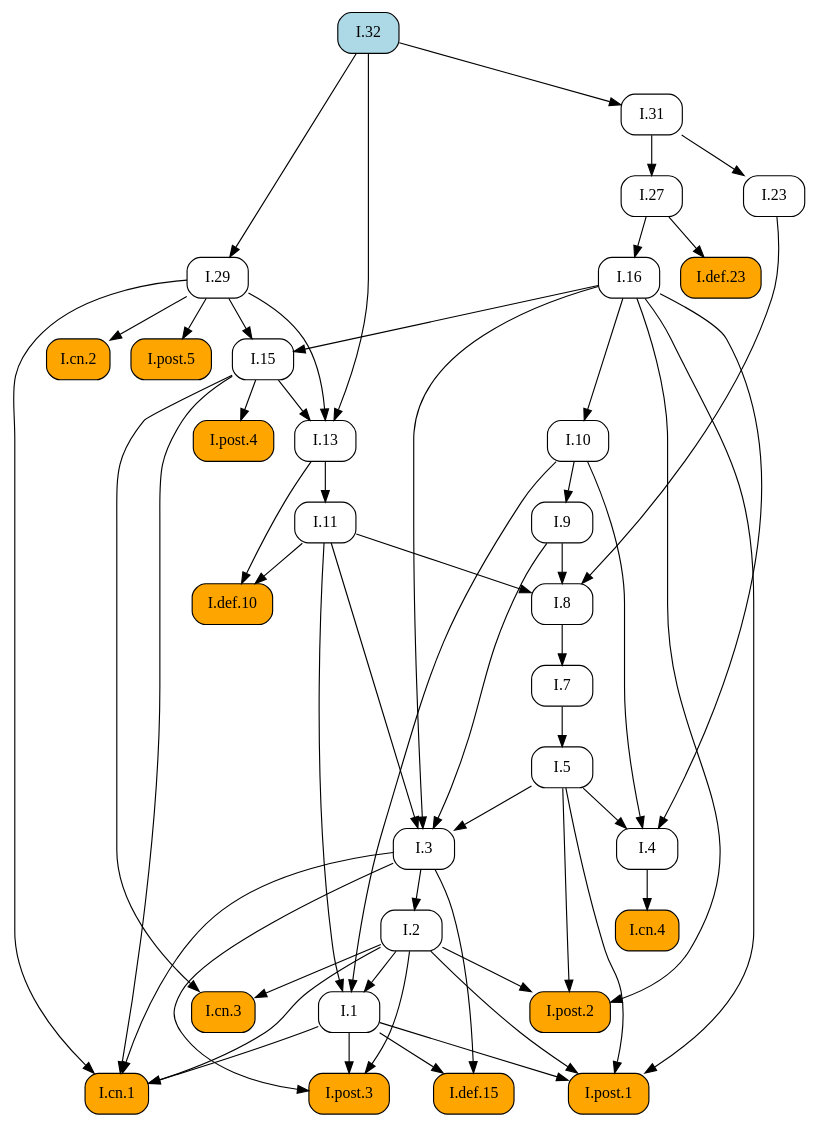
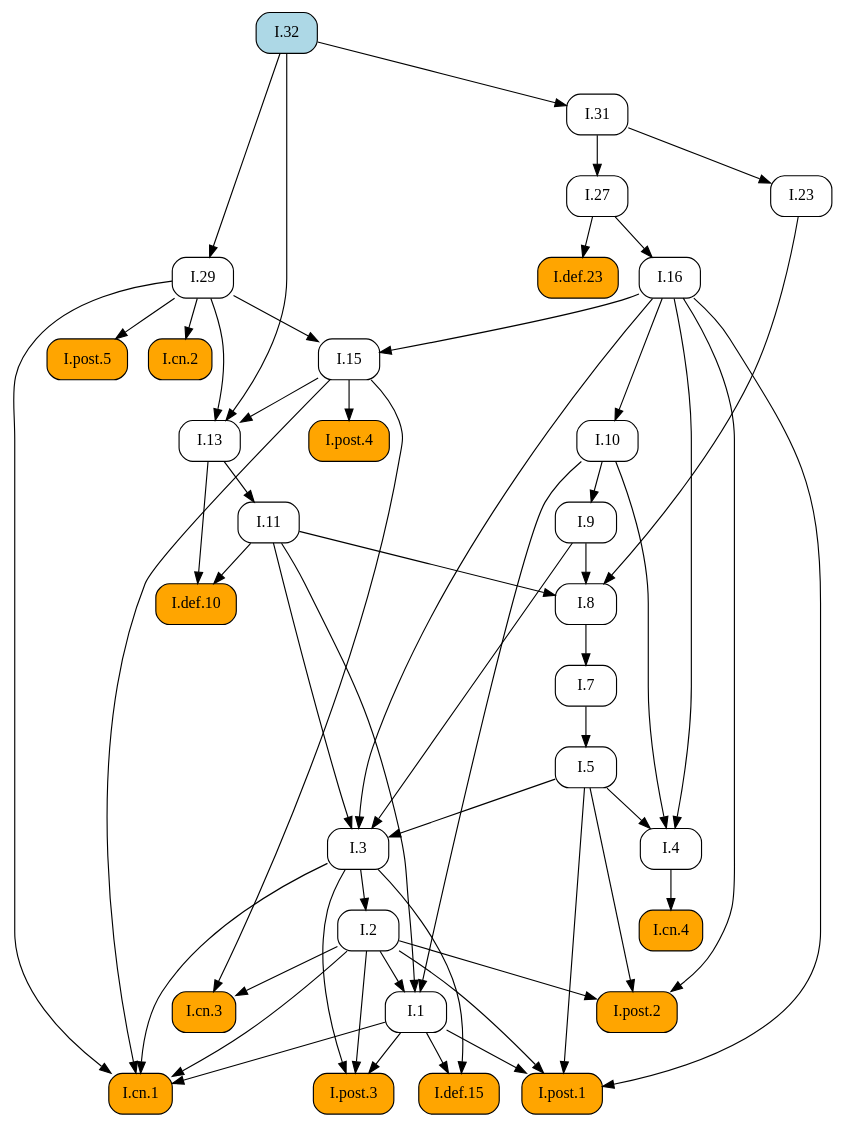
Before and after one commit to geometor/elements: the diagram in docsrc/heath/I/32/index.rst, drawn with Graphviz. The commit also changed other lines of this file and 484 other files, not shown here.

```diff
--- a/docsrc/heath/I/32/index.rst
+++ b/docsrc/heath/I/32/index.rst
@@ -50,89 +50,89 @@
    digraph {
      rankdir="TB";
      node [shape=box, style=rounded];
+     "I.23" [URL="/heath/I/23/", target="_top"];
+     "I.9" [URL="/heath/I/9/", target="_top"];
+     "I.cn.1" [style="rounded,filled", fillcolor=orange, URL="/heath/I/cn.1/", target="_top"];
+     "I.32" [style="rounded,filled", fillcolor=lightblue, URL="/heath/I/32/", target="_top"];
+     "I.7" [URL="/heath/I/7/", target="_top"];
+     "I.2" [URL="/heath/I/2/", target="_top"];
+     "I.def.15" [style="rounded,filled", fillcolor=orange, URL="/heath/I/def.15/", target="_top"];
+     "I.13" [URL="/heath/I/13/", target="_top"];
+     "I.post.4" [style="rounded,filled", fillcolor=orange, URL="/heath/I/post.4/", target="_top"];
+     "I.4" [URL="/heath/I/4/", target="_top"];
+     "I.1" [URL="/heath/I/1/", target="_top"];
+     "I.post.3" [style="rounded,filled", fillcolor=orange, URL="/heath/I/post.3/", target="_top"];
+     "I.post.1" [style="rounded,filled", fillcolor=orange, URL="/heath/I/post.1/", target="_top"];
+     "I.5" [URL="/heath/I/5/", target="_top"];
+     "I.8" [URL="/heath/I/8/", target="_top"];
+     "I.cn.3" [style="rounded,filled", fillcolor=orange, URL="/heath/I/cn.3/", target="_top"];
+     "I.29" [URL="/heath/I/29/", target="_top"];
+     "I.16" [URL="/heath/I/16/", target="_top"];
+     "I.31" [URL="/heath/I/31/", target="_top"];
      "I.def.10" [style="rounded,filled", fillcolor=orange, URL="/heath/I/def.10/", target="_top"];
+     "I.15" [URL="/heath/I/15/", target="_top"];
+     "I.10" [URL="/heath/I/10/", target="_top"];
      "I.11" [URL="/heath/I/11/", target="_top"];
-     "I.post.4" [style="rounded,filled", fillcolor=orange, URL="/heath/I/post.4/", target="_top"];
-     "I.1" [URL="/heath/I/1/", target="_top"];
+     "I.def.23" [style="rounded,filled", fillcolor=orange, URL="/heath/I/def.23/", target="_top"];
+     "I.cn.2" [style="rounded,filled", fillcolor=orange, URL="/heath/I/cn.2/", target="_top"];
      "I.27" [URL="/heath/I/27/", target="_top"];
-     "I.7" [URL="/heath/I/7/", target="_top"];
+     "I.post.5" [style="rounded,filled", fillcolor=orange, URL="/heath/I/post.5/", target="_top"];
+     "I.cn.4" [style="rounded,filled", fillcolor=orange, URL="/heath/I/cn.4/", target="_top"];
+     "I.post.2" [style="rounded,filled", fillcolor=orange, URL="/heath/I/post.2/", target="_top"];
      "I.3" [URL="/heath/I/3/", target="_top"];
-     "I.2" [URL="/heath/I/2/", target="_top"];
-     "I.def.23" [style="rounded,filled", fillcolor=orange, URL="/heath/I/def.23/", target="_top"];
-     "I.4" [URL="/heath/I/4/", target="_top"];
-     "I.29" [URL="/heath/I/29/", target="_top"];
-     "I.13" [URL="/heath/I/13/", target="_top"];
-     "I.cn.2" [style="rounded,filled", fillcolor=orange, URL="/heath/I/cn.2/", target="_top"];
-     "I.31" [URL="/heath/I/31/", target="_top"];
-     "I.post.2" [style="rounded,filled", fillcolor=orange, URL="/heath/I/post.2/", target="_top"];
-     "I.16" [URL="/heath/I/16/", target="_top"];
-     "I.def.15" [style="rounded,filled", fillcolor=orange, URL="/heath/I/def.15/", target="_top"];
-     "I.9" [URL="/heath/I/9/", target="_top"];
-     "I.post.3" [style="rounded,filled", fillcolor=orange, URL="/heath/I/post.3/", target="_top"];
-     "I.cn.1" [style="rounded,filled", fillcolor=orange, URL="/heath/I/cn.1/", target="_top"];
-     "I.cn.3" [style="rounded,filled", fillcolor=orange, URL="/heath/I/cn.3/", target="_top"];
-     "I.8" [URL="/heath/I/8/", target="_top"];
-     "I.32" [style="rounded,filled", fillcolor=lightblue, URL="/heath/I/32/", target="_top"];
-     "I.cn.4" [style="rounded,filled", fillcolor=orange, URL="/heath/I/cn.4/", target="_top"];
-     "I.23" [URL="/heath/I/23/", target="_top"];
-     "I.15" [URL="/heath/I/15/", target="_top"];
-     "I.post.5" [style="rounded,filled", fillcolor=orange, URL="/heath/I/post.5/", target="_top"];
-     "I.post.1" [style="rounded,filled", fillcolor=orange, URL="/heath/I/post.1/", target="_top"];
-     "I.10" [URL="/heath/I/10/", target="_top"];
-     "I.5" [URL="/heath/I/5/", target="_top"];
-     "I.11" -> "I.def.10";
-     "I.13" -> "I.def.10";
-     "I.13" -> "I.11";
-     "I.15" -> "I.post.4";
-     "I.2" -> "I.1";
-     "I.10" -> "I.1";
-     "I.11" -> "I.1";
-     "I.31" -> "I.27";
-     "I.8" -> "I.7";
-     "I.5" -> "I.3";
-     "I.9" -> "I.3";
-     "I.11" -> "I.3";
-     "I.16" -> "I.3";
-     "I.3" -> "I.2";
-     "I.27" -> "I.def.23";
-     "I.5" -> "I.4";
-     "I.10" -> "I.4";
-     "I.16" -> "I.4";
-     "I.32" -> "I.29";
-     "I.15" -> "I.13";
-     "I.29" -> "I.13";
-     "I.32" -> "I.13";
-     "I.29" -> "I.cn.2";
-     "I.32" -> "I.31";
-     "I.2" -> "I.post.2";
-     "I.5" -> "I.post.2";
-     "I.16" -> "I.post.2";
-     "I.27" -> "I.16";
-     "I.1" -> "I.def.15";
-     "I.3" -> "I.def.15";
+     "I.31" -> "I.23";
      "I.10" -> "I.9";
-     "I.1" -> "I.post.3";
-     "I.2" -> "I.post.3";
-     "I.3" -> "I.post.3";
      "I.1" -> "I.cn.1";
      "I.2" -> "I.cn.1";
      "I.3" -> "I.cn.1";
      "I.15" -> "I.cn.1";
      "I.29" -> "I.cn.1";
-     "I.2" -> "I.cn.3";
-     "I.15" -> "I.cn.3";
-     "I.9" -> "I.8";
-     "I.11" -> "I.8";
-     "I.23" -> "I.8";
-     "I.4" -> "I.cn.4";
-     "I.31" -> "I.23";
-     "I.16" -> "I.15";
-     "I.29" -> "I.15";
-     "I.29" -> "I.post.5";
+     "I.8" -> "I.7";
+     "I.3" -> "I.2";
+     "I.1" -> "I.def.15";
+     "I.3" -> "I.def.15";
+     "I.15" -> "I.13";
+     "I.29" -> "I.13";
+     "I.32" -> "I.13";
+     "I.15" -> "I.post.4";
+     "I.5" -> "I.4";
+     "I.10" -> "I.4";
+     "I.16" -> "I.4";
+     "I.2" -> "I.1";
+     "I.10" -> "I.1";
+     "I.11" -> "I.1";
+     "I.1" -> "I.post.3";
+     "I.2" -> "I.post.3";
+     "I.3" -> "I.post.3";
      "I.1" -> "I.post.1";
      "I.2" -> "I.post.1";
      "I.5" -> "I.post.1";
      "I.16" -> "I.post.1";
+     "I.7" -> "I.5";
+     "I.9" -> "I.8";
+     "I.11" -> "I.8";
+     "I.23" -> "I.8";
+     "I.2" -> "I.cn.3";
+     "I.15" -> "I.cn.3";
+     "I.32" -> "I.29";
+     "I.27" -> "I.16";
+     "I.32" -> "I.31";
+     "I.11" -> "I.def.10";
+     "I.13" -> "I.def.10";
+     "I.16" -> "I.15";
+     "I.29" -> "I.15";
      "I.16" -> "I.10";
-     "I.7" -> "I.5";
+     "I.13" -> "I.11";
+     "I.27" -> "I.def.23";
+     "I.29" -> "I.cn.2";
+     "I.31" -> "I.27";
+     "I.29" -> "I.post.5";
+     "I.4" -> "I.cn.4";
+     "I.2" -> "I.post.2";
+     "I.5" -> "I.post.2";
+     "I.16" -> "I.post.2";
+     "I.5" -> "I.3";
+     "I.9" -> "I.3";
+     "I.11" -> "I.3";
+     "I.16" -> "I.3";
    }
```
